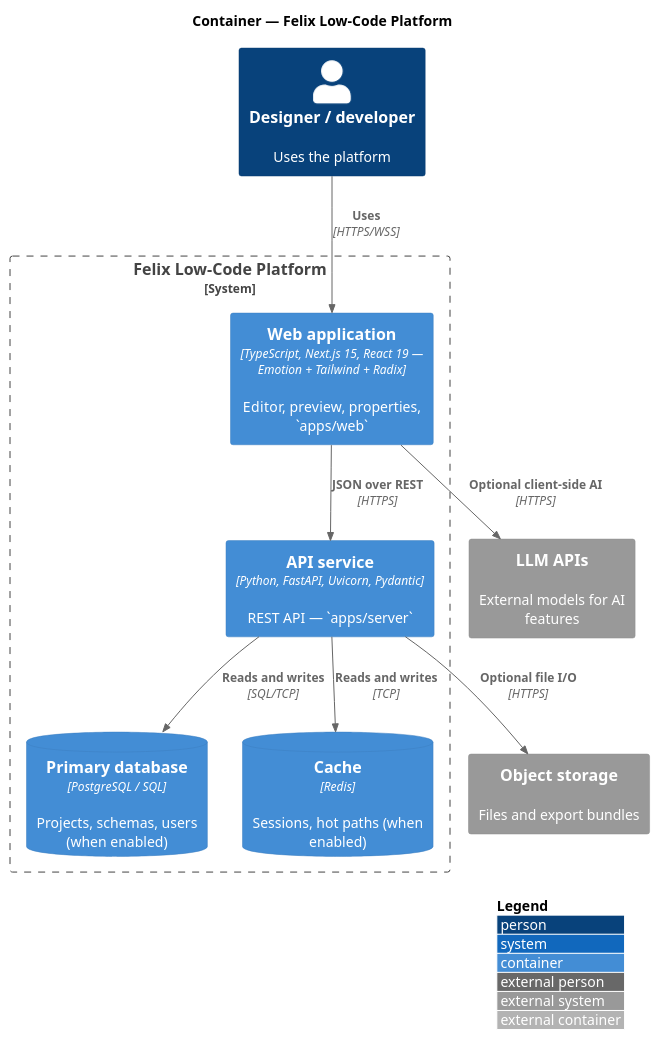
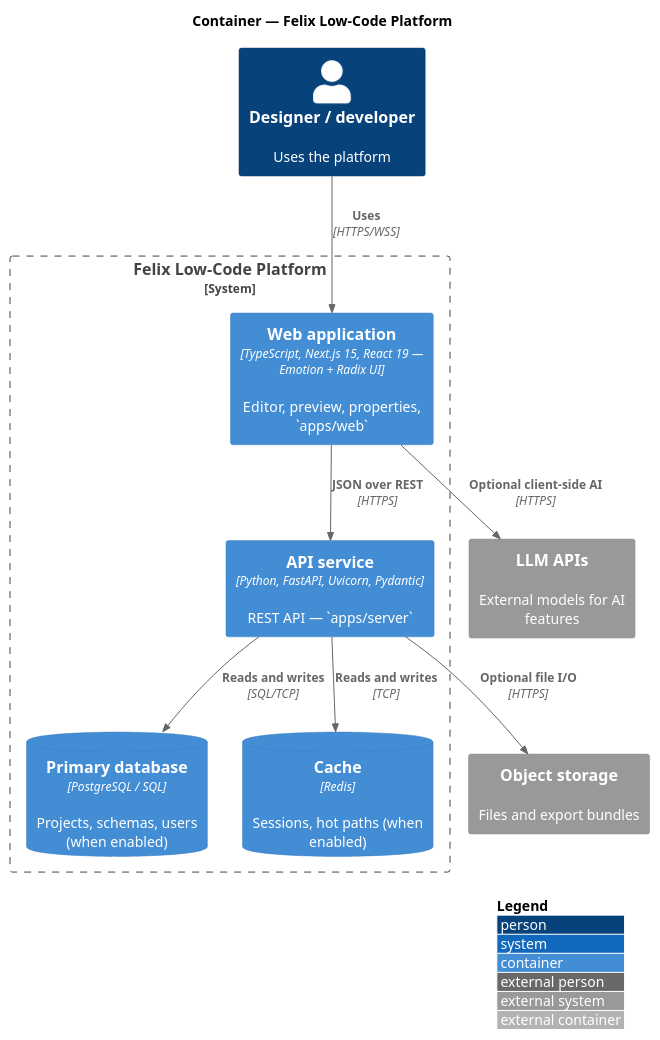
The diagram in docs/en/architecture/c4/c4-container.puml (felixzhu97/low-code-platform), drawn with PlantUML before and after one commit. The commit also changed 69 other files, not shown here.

First line of the commit message:
refactor: enhance UI components, data binding, and architecture docs

```diff
--- a/docs/en/architecture/c4/c4-container.puml
+++ b/docs/en/architecture/c4/c4-container.puml
@@ -1,27 +1,27 @@
 @startuml c4-container-felix-low-code
 !include https://raw.githubusercontent.com/plantuml-stdlib/C4-PlantUML/master/C4_Container.puml
 
 LAYOUT_WITH_LEGEND()
 
 title Container — Felix Low-Code Platform
 
 Person(user, "Designer / developer", "Uses the platform")
 
 System_Boundary(boundary, "Felix Low-Code Platform") {
-    Container(web, "Web application", "TypeScript, Next.js 15, React 19 — Emotion + Tailwind + Radix", "Editor, preview, properties, `apps/web`")
+    Container(web, "Web application", "TypeScript, Next.js 15, React 19 — Emotion + Radix UI", "Editor, preview, properties, `apps/web`")
     Container(api, "API service", "Python, FastAPI, Uvicorn, Pydantic", "REST API — `apps/server`")
     ContainerDb(db, "Primary database", "PostgreSQL / SQL", "Projects, schemas, users (when enabled)")
     ContainerDb(cache, "Cache", "Redis", "Sessions, hot paths (when enabled)")
 }
 
 System_Ext(llm, "LLM APIs", "External models for AI features")
 System_Ext(object_store, "Object storage", "Files and export bundles")
 
 Rel(user, web, "Uses", "HTTPS/WSS")
 Rel(web, api, "JSON over REST", "HTTPS")
 Rel(api, db, "Reads and writes", "SQL/TCP")
 Rel(api, cache, "Reads and writes", "TCP")
 Rel(api, object_store, "Optional file I/O", "HTTPS")
 Rel(web, llm, "Optional client-side AI", "HTTPS")
 
 @enduml
```
